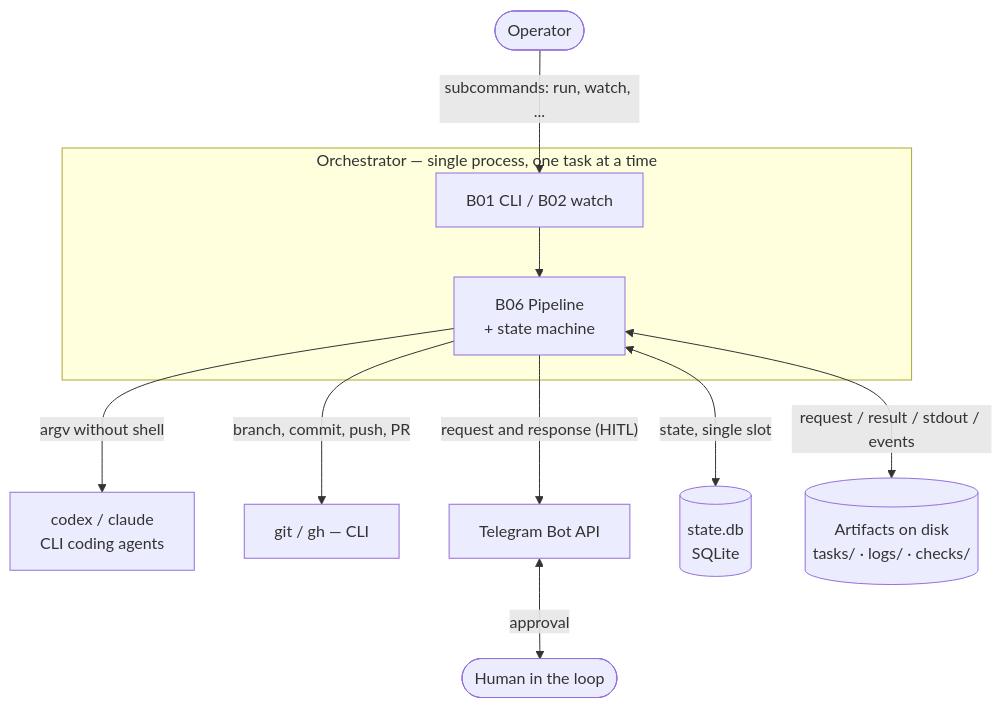
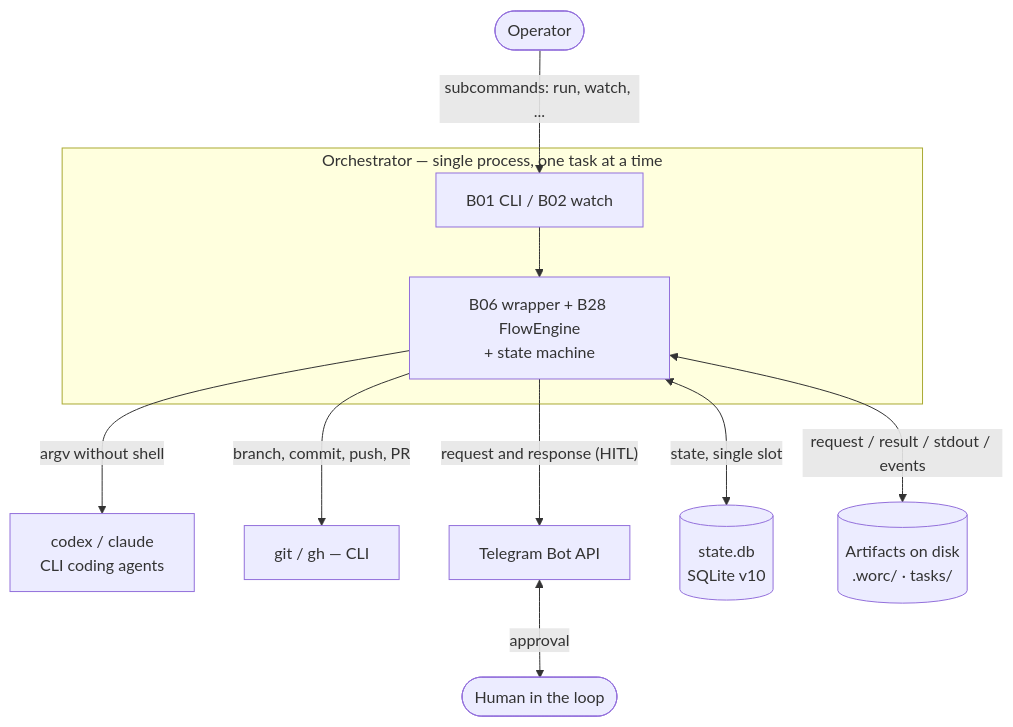
Before and after one commit to VladimirMakarevich/wastech-orchestrator: the first of 3 diagrams in docs/functional/index.md, drawn with Mermaid. The commit also changed other lines of this file and 39 other files, not shown here.

First line of the commit message:
docs: Add detailed documentation for new flows and components

````diff
--- a/docs/functional/index.md
+++ b/docs/functional/index.md
@@ -34,25 +36,25 @@
 ```mermaid
 flowchart TB
     operator(["Operator"])
     human(["Human in the loop"])
 
     subgraph orc["Orchestrator — single process, one task at a time"]
         cli["B01 CLI / B02 watch"]
-        pipeline["B06 Pipeline<br/>+ state machine"]
+        pipeline["B06 wrapper + B28 FlowEngine<br/>+ state machine"]
         cli --> pipeline
     end
 
     agents["codex / claude<br/>CLI coding agents"]
     vcs["git / gh — CLI"]
     tg["Telegram Bot API"]
-    db[("state.db<br/>SQLite")]
-    fsart[("Artifacts on disk<br/>tasks/ · logs/ · checks/")]
+    db[("state.db<br/>SQLite v10")]
+    fsart[("Artifacts on disk<br/>.worc/ · tasks/")]
 
     operator -->|"subcommands: run, watch, ..."| cli
     pipeline -->|"argv without shell"| agents
     pipeline -->|"branch, commit, push, PR"| vcs
     pipeline -->|"request and response (HITL)"| tg
     tg <-->|"approval"| human
     pipeline <-->|"state, single slot"| db
     pipeline <-->|"request / result / stdout / events"| fsart
 ```
````
